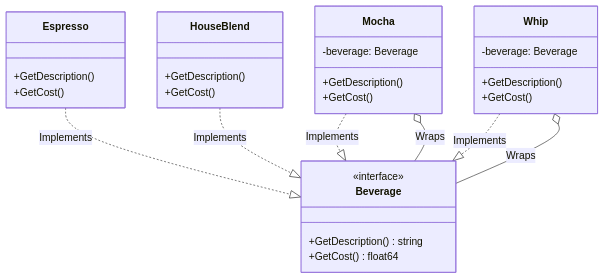
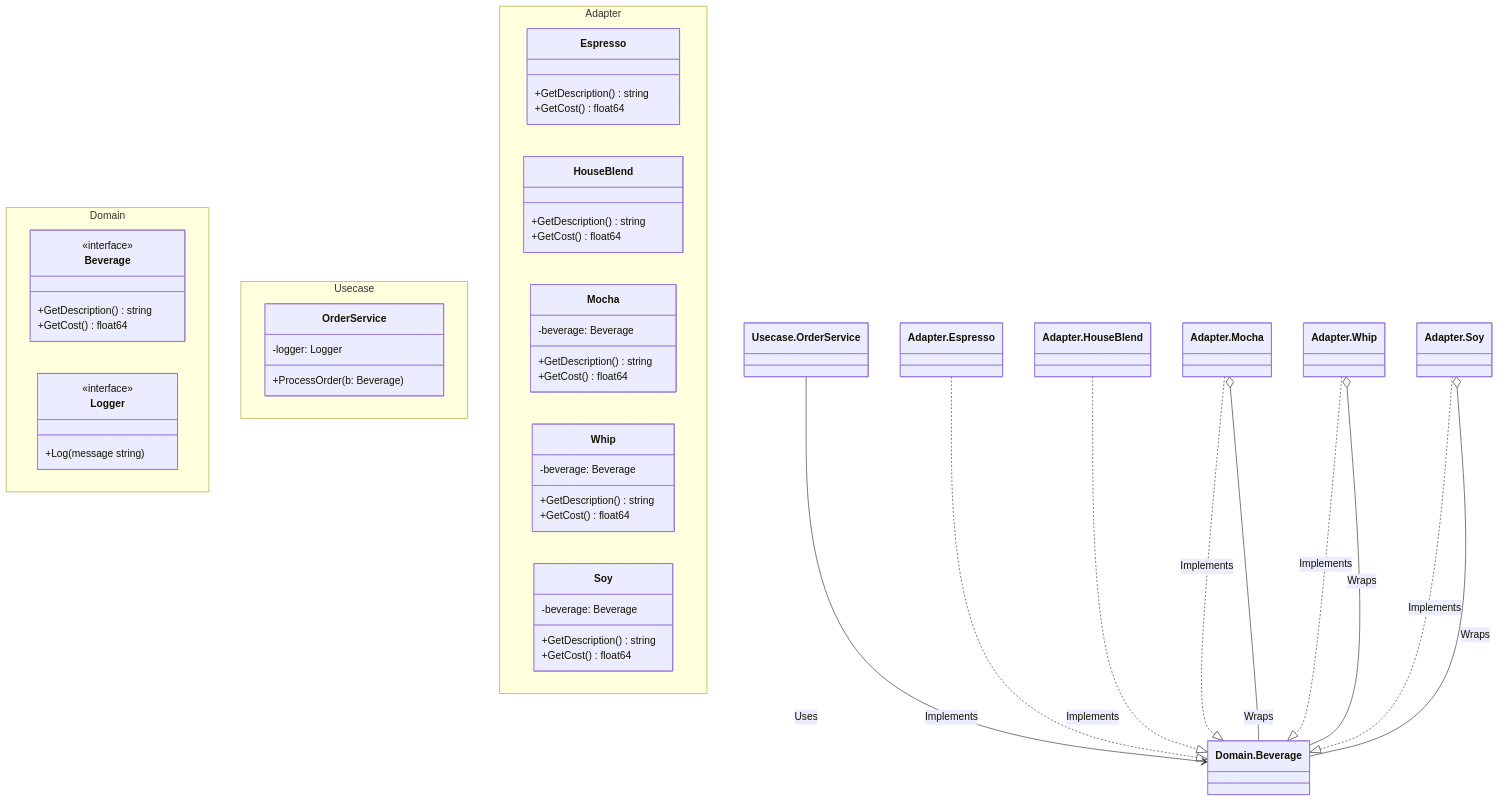
One commit to sokoide/design-patterns changed the diagram in decorator-example/README.md. Above: the diagram before and after it, drawn with Mermaid. The commit also changed other lines of this file and 102 other files, not shown here.

````diff
--- a/decorator-example/README.md
+++ b/decorator-example/README.md
@@ -26,43 +31,63 @@
 ```mermaid
 classDiagram
     direction TB
 
-    %% Domain
-    class Beverage {
-        <<interface>>
-        +GetDescription() string
-        +GetCost() float64
+    namespace Domain {
+        class Beverage {
+            <<interface>>
+            +GetDescription() string
+            +GetCost() float64
+        }
+        class Logger {
+            <<interface>>
+            +Log(message string)
+        }
     }
 
-    %% Adapter (Concrete Components)
-    class Espresso {
-        +GetDescription()
-        +GetCost()
-    }
-    class HouseBlend {
-        +GetDescription()
-        +GetCost()
+    namespace Usecase {
+        class OrderService {
+            -logger: Logger
+            +ProcessOrder(b: Beverage)
+        }
     }
 
-    %% Adapter (Decorators)
-    class Mocha {
-        -beverage: Beverage
-        +GetDescription()
-        +GetCost()
-    }
-    class Whip {
-        -beverage: Beverage
-        +GetDescription()
-        +GetCost()
+    namespace Adapter {
+        class Espresso {
+            +GetDescription() string
+            +GetCost() float64
+        }
+        class HouseBlend {
+            +GetDescription() string
+            +GetCost() float64
+        }
+
+        class Mocha {
+            -beverage: Beverage
+            +GetDescription() string
+            +GetCost() float64
+        }
+        class Whip {
+            -beverage: Beverage
+            +GetDescription() string
+            +GetCost() float64
+        }
+        class Soy {
+            -beverage: Beverage
+            +GetDescription() string
+            +GetCost() float64
+        }
     }
 
     %% Relationships
-    Espresso ..|> Beverage : Implements
-    HouseBlend ..|> Beverage : Implements
-    Mocha ..|> Beverage : Implements
-    Whip ..|> Beverage : Implements
+    Usecase.OrderService --> Domain.Beverage : Uses
+    Adapter.Espresso ..|> Domain.Beverage : Implements
+    Adapter.HouseBlend ..|> Domain.Beverage : Implements
+    
+    Adapter.Mocha ..|> Domain.Beverage : Implements
+    Adapter.Whip ..|> Domain.Beverage : Implements
+    Adapter.Soy ..|> Domain.Beverage : Implements
 
-    %% Decoration
-    Mocha o-- Beverage : Wraps
-    Whip o-- Beverage : Wraps
+    Adapter.Mocha o-- Domain.Beverage : Wraps
+    Adapter.Whip o-- Domain.Beverage : Wraps
+    Adapter.Soy o-- Domain.Beverage : Wraps
 ```
````
